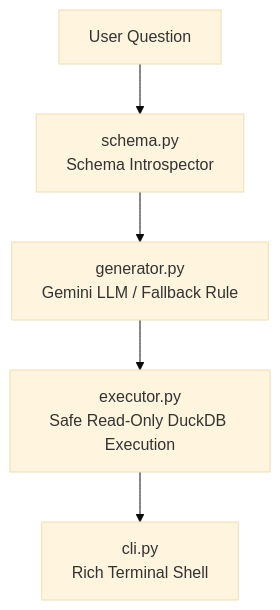
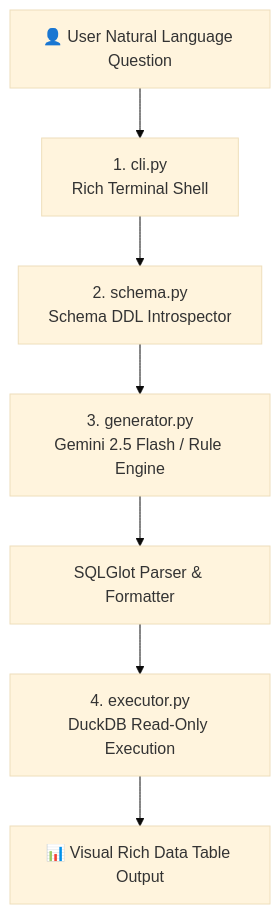
The diagram in text2sql/README.md (tunguyenn99/a-simple-t2s-flow), drawn with Mermaid (base theme) before and after one commit. The commit also changed other lines of this file, not shown here.

Commit message:
docs(text2sql): update README.md with detailed component breakdown, system flow, and SQLGlot integration examples

````diff
--- a/text2sql/README.md
+++ b/text2sql/README.md
@@ -9,7 +9,9 @@
 ```mermaid
 flowchart TD
-    A["User Question"] --> B["schema.py<br/>Schema Introspector"]
-    B --> C["generator.py<br/>Gemini LLM / Fallback Rule"]
-    C --> D["executor.py<br/>Safe Read-Only DuckDB Execution"]
-    D --> E["cli.py<br/>Rich Terminal Shell"]
+    User["👤 User Natural Language Question"] --> CLI["1. cli.py<br/>Rich Terminal Shell"]
+    CLI --> Schema["2. schema.py<br/>Schema DDL Introspector"]
+    Schema --> Generator["3. generator.py<br/>Gemini 2.5 Flash / Rule Engine"]
+    Generator --> SQLGlot["SQLGlot Parser & Formatter"]
+    SQLGlot --> Executor["4. executor.py<br/>DuckDB Read-Only Execution"]
+    Executor --> Results["📊 Visual Rich Data Table Output"]
 ```
````
